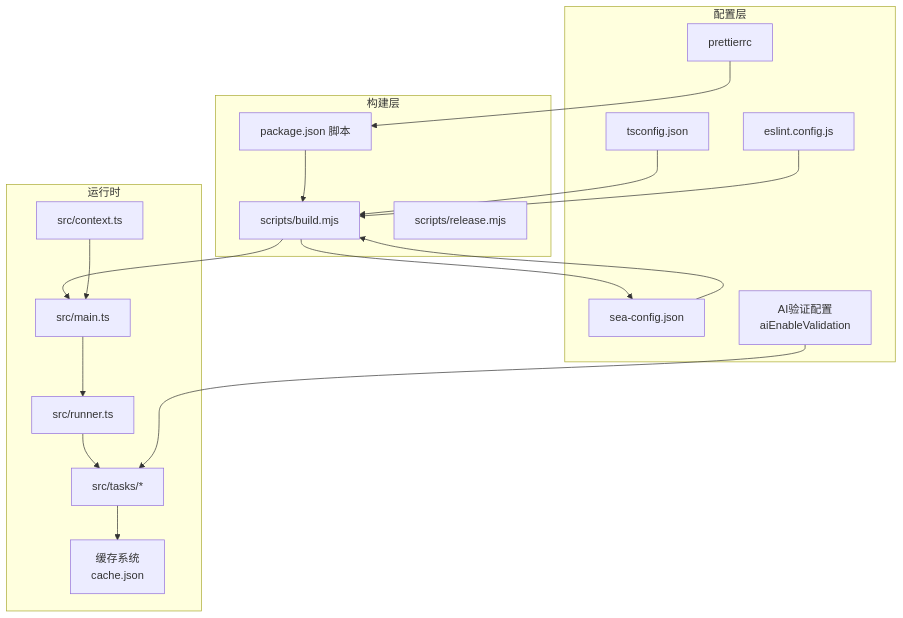
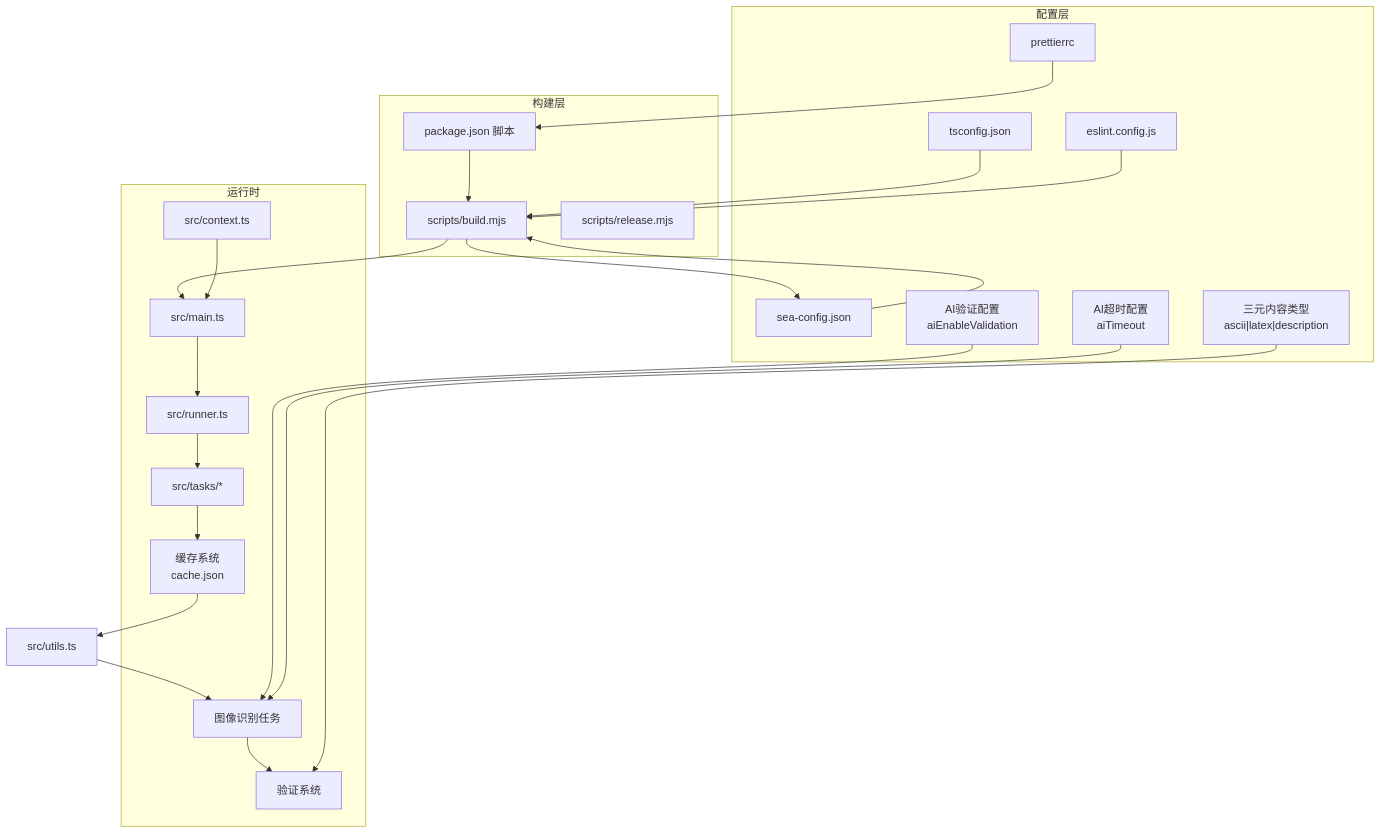
One commit to hllshiro/doc2md-cli changed the second of 3 diagrams in .qoder/repowiki/zh/content/API 参考文档/配置选项API.md. Above: the diagram before and after it, drawn with Mermaid. The commit also changed other lines of this file and 10 other files, not shown here.

````diff
--- a/.qoder/repowiki/zh/content/API 参考文档/配置选项API.md
+++ b/.qoder/repowiki/zh/content/API 参考文档/配置选项API.md
@@ -141,34 +161,43 @@
 ```mermaid
 graph TB
 subgraph "配置层"
 TSC["tsconfig.json"]
 ESL["eslint.config.js"]
 PRET["prettierrc"]
 SEA["sea-config.json"]
 AI["AI验证配置<br/>aiEnableValidation"]
+AITIME["AI超时配置<br/>aiTimeout"]
+CONTENT["三元内容类型<br/>ascii|latex|description"]
 end
 subgraph "构建层"
 PKG["package.json 脚本"]
 BLD["scripts/build.mjs"]
 REL["scripts/release.mjs"]
 end
 subgraph "运行时"
 SRC["src/main.ts"]
 CTX["src/context.ts"]
 RUN["src/runner.ts"]
 TASKS["src/tasks/*"]
 CACHE["缓存系统<br/>cache.json"]
+RECOG["图像识别任务"]
+VALID["验证系统"]
 end
 TSC --> BLD
 ESL --> BLD
 PRET --> PKG
 SEA --> BLD
 PKG --> BLD
 BLD --> SEA
 BLD --> SRC
 SRC --> RUN
 RUN --> TASKS
 CTX --> SRC
 TASKS --> CACHE
-AI --> TASKS
+CACHE --> UTILS["src/utils.ts"]
+UTILS --> RECOG
+RECOG --> VALID
+AI --> RECOG
+AITIME --> RECOG
+CONTENT --> VALID
 ```
````
